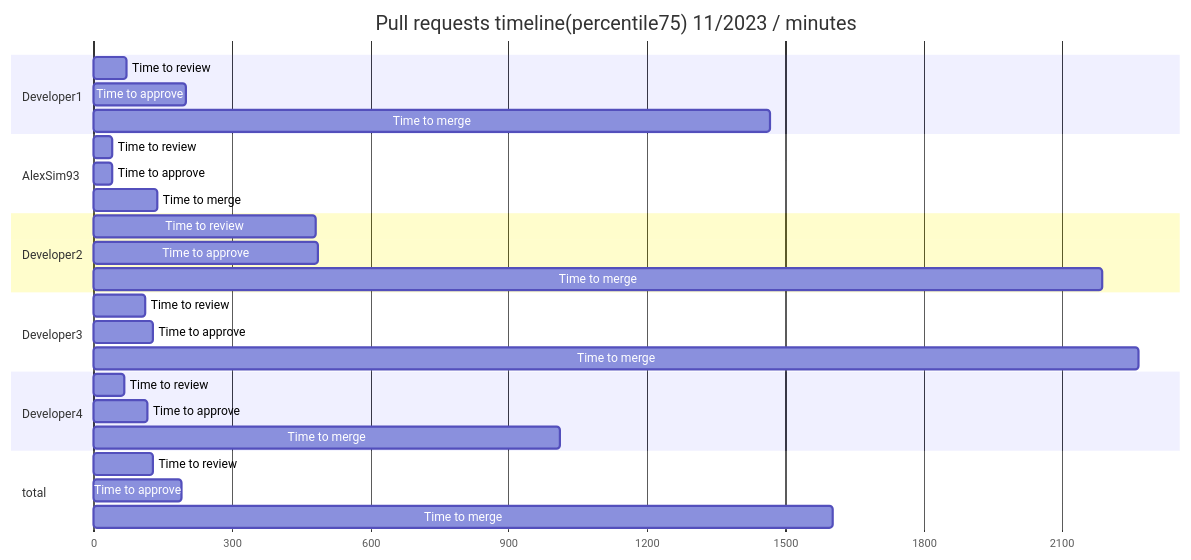
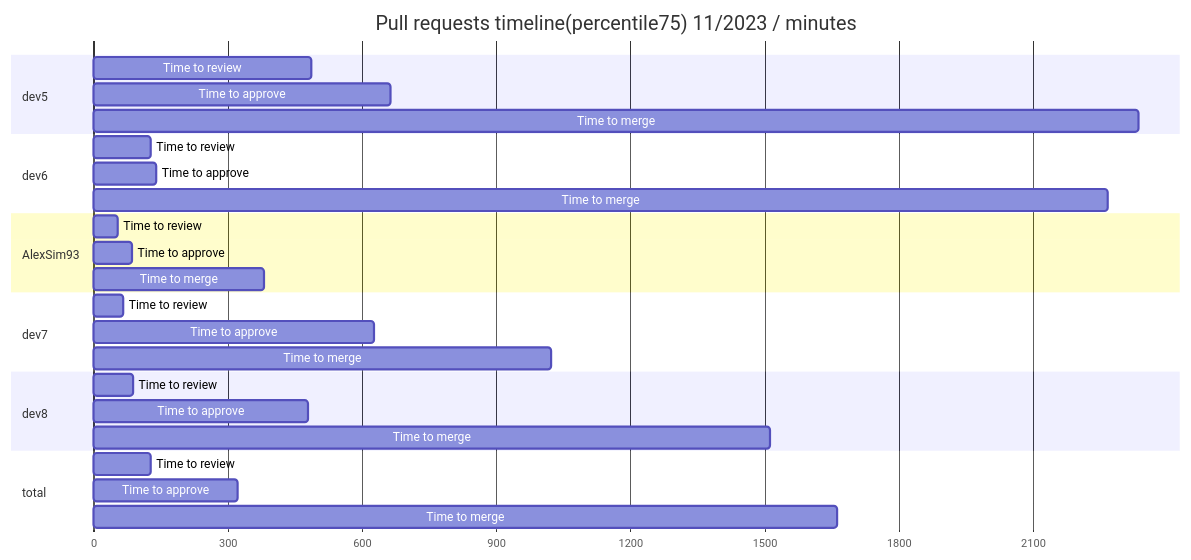
One commit to AlexSim93/pull-request-analytics-action changed the first of 28 diagrams in examples/periodReport.md. Above: the diagram before and after it, drawn with Mermaid. The commit also changed other lines of this file, not shown here.

````diff
--- a/examples/periodReport.md
+++ b/examples/periodReport.md
@@ -136,36 +41,36 @@
 ```mermaid
 gantt
 title Pull requests timeline(percentile75) 11/2023 / minutes
 dateFormat X
 axisFormat %s
-section Developer1
-                Time to review :  0, 71
-Time to approve :  0, 200
-Time to merge :  0, 1466
+section dev5
+                Time to review :  0, 486
+Time to approve :  0, 665
+Time to merge :  0, 2336
+
+section dev6
+                Time to review :  0, 129
+Time to approve :  0, 139
+Time to merge :  0, 2266
 
 section AlexSim93
-                Time to review :  0, 41
-Time to approve :  0, 41
-Time to merge :  0, 138
+                Time to review :  0, 54
+Time to approve :  0, 85
+Time to merge :  0, 382
 
-section Developer2
-                Time to review :  0, 482
-Time to approve :  0, 486
-Time to merge :  0, 2187
+section dev7
+                Time to review :  0, 67
+Time to approve :  0, 627
+Time to merge :  0, 1023
 
-section Developer3
-                Time to review :  0, 112
-Time to approve :  0, 129
-Time to merge :  0, 2266
-
-section Developer4
-                Time to review :  0, 67
-Time to approve :  0, 118
-Time to merge :  0, 1011
+section dev8
+                Time to review :  0, 89
+Time to approve :  0, 480
+Time to merge :  0, 1513
 
 section total
                 Time to review :  0, 129
-Time to approve :  0, 192
-Time to merge :  0, 1602
+Time to approve :  0, 323
+Time to merge :  0, 1663
 
 ```
````
